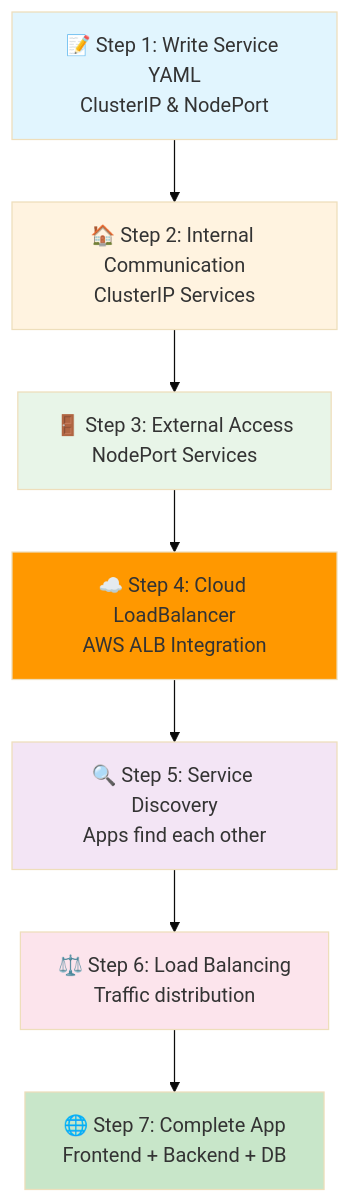
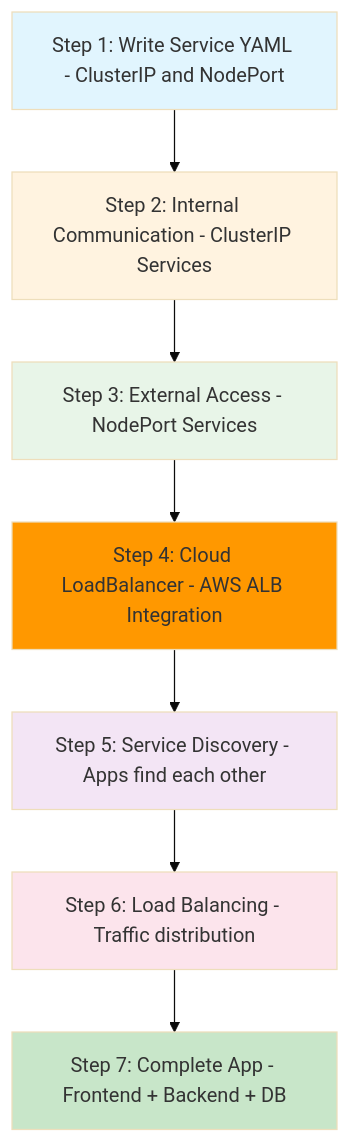
One commit to manikcloud/cloud-devops-learning-path changed the first of 26 diagrams in Section-2-DevOps/Session-7_Kubernetes/04-services-networking/README-FULL.md. Above: the diagram before and after it, drawn with Mermaid (base theme). The commit also changed other lines of this file and 1 other file, not shown here.

First line of the commit message:
Fix remaining mermaid diagram syntax errors in both README files

````diff
--- a/Section-2-DevOps/Session-7_Kubernetes/04-services-networking/README-FULL.md
+++ b/Section-2-DevOps/Session-7_Kubernetes/04-services-networking/README-FULL.md
@@ -29,17 +29,17 @@
 ```mermaid
 graph TD
-    A[📝 Step 1: Write Service YAML<br/>ClusterIP & NodePort] --> B[🏠 Step 2: Internal Communication<br/>ClusterIP Services]
-    B --> C[🚪 Step 3: External Access<br/>NodePort Services]
-    C --> D[☁️ Step 4: Cloud LoadBalancer<br/>AWS ALB Integration]
-    D --> E[🔍 Step 5: Service Discovery<br/>Apps find each other]
-    E --> F[⚖️ Step 6: Load Balancing<br/>Traffic distribution]
-    F --> G[🌐 Step 7: Complete App<br/>Frontend + Backend + DB]
+    A[Step 1: Write Service YAML - ClusterIP and NodePort] --> B[Step 2: Internal Communication - ClusterIP Services]
+    B --> C[Step 3: External Access - NodePort Services]
+    C --> D[Step 4: Cloud LoadBalancer - AWS ALB Integration]
+    D --> E[Step 5: Service Discovery - Apps find each other]
+    E --> F[Step 6: Load Balancing - Traffic distribution]
+    F --> G[Step 7: Complete App - Frontend + Backend + DB]
     
     style A fill:#e1f5fe
     style B fill:#fff3e0
     style C fill:#e8f5e8
     style D fill:#ff9800
     style E fill:#f3e5f5
     style F fill:#fce4ec
     style G fill:#c8e6c9
 ```
````
